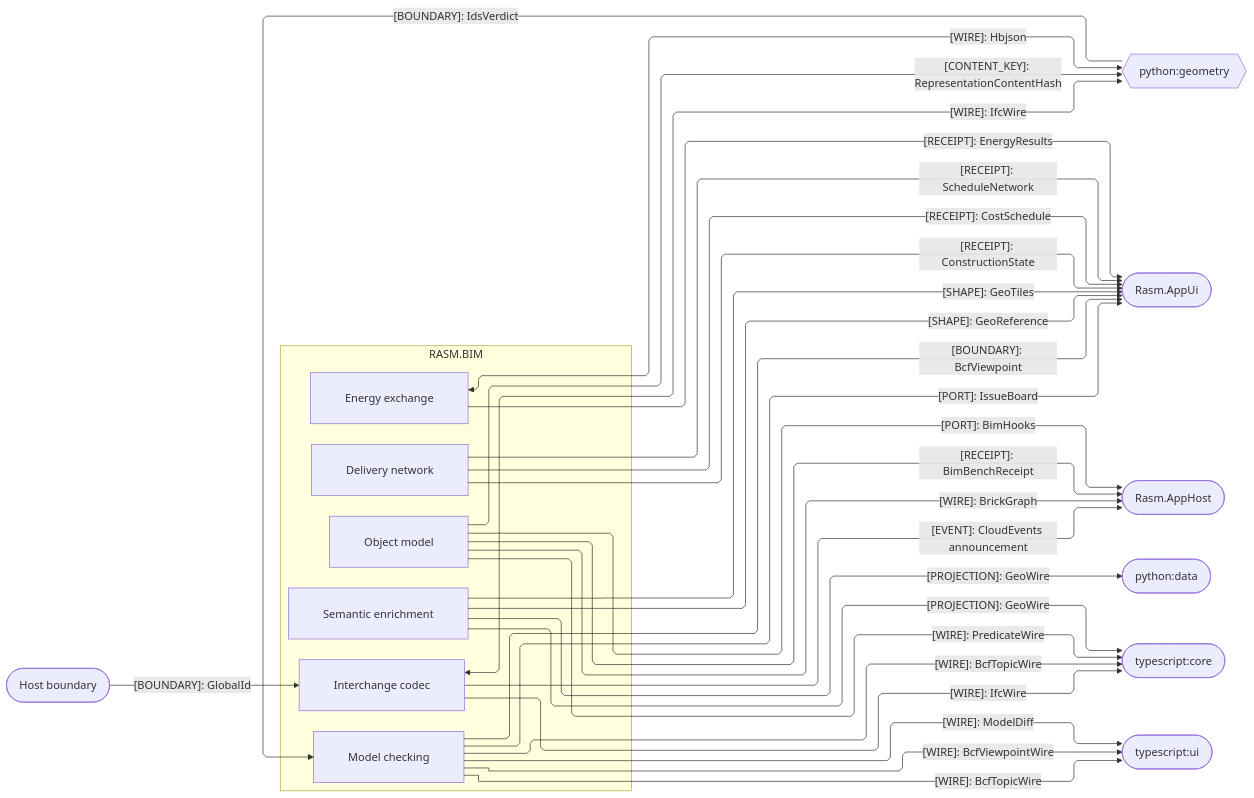
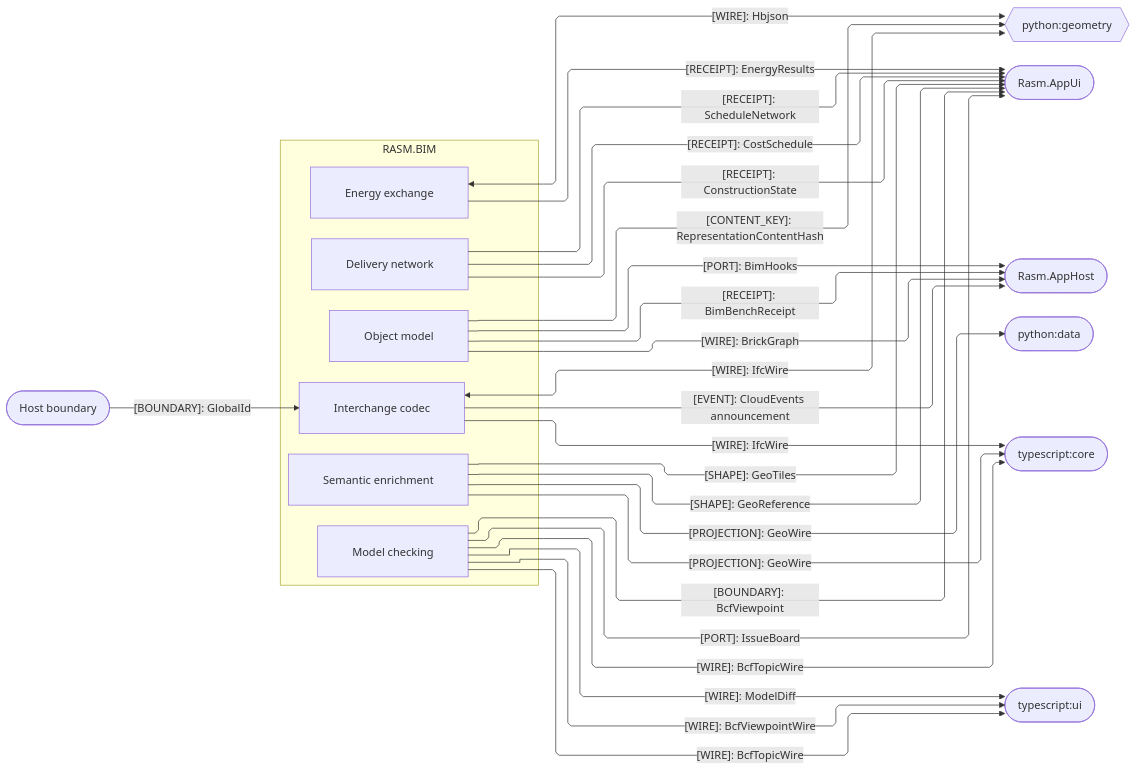
The third of 4 diagrams in libs/csharp/Rasm.Bim/ARCHITECTURE.md (bsamiee/Rasm), drawn with Mermaid before and after one commit. The commit also changed other lines of this file and 820 other files, not shown here.

````diff
--- a/libs/csharp/Rasm.Bim/ARCHITECTURE.md
+++ b/libs/csharp/Rasm.Bim/ARCHITECTURE.md
@@ -196,52 +195,50 @@
 ```mermaid
 ---
 config:
   layout: elk
   flowchart:
     curve: linear
     padding: 25
 ---
 flowchart LR
     accTitle: Bim cross-runtime, presentation, and host seams
     accDescr: Which kinded contracts cross between Bim's owners and the cross-runtime peers, the app platform, and the host boundary.
     subgraph bim[RASM.BIM]
         Model[Object model]
         Semantics[Semantic enrichment]
         Exchange[Interchange codec]
         Review[Model checking]
         Energy[Energy exchange]
         Planning[Delivery network]
     end
     Geometry{{python:geometry}}
     AppUi([Rasm.AppUi])
     AppHost([Rasm.AppHost])
     Host([Host boundary])
     Data([python:data])
     Core([typescript:core])
     Ui([typescript:ui])
     Exchange e1@<-->|"[WIRE]: IfcWire"| Geometry
     Model e2@-->|"[CONTENT_KEY]: RepresentationContentHash"| Geometry
-    Geometry e3@-->|"[BOUNDARY]: IdsVerdict"| Review
     Energy e4@<-->|"[WIRE]: Hbjson"| Geometry
     Energy e5@-->|"[RECEIPT]: EnergyResults"| AppUi
     Semantics e6@-->|"[SHAPE]: GeoTiles"| AppUi
     Semantics e7@-->|"[SHAPE]: GeoReference"| AppUi
     Planning e8@-->|"[RECEIPT]: ScheduleNetwork"| AppUi
     Planning e9@-->|"[RECEIPT]: CostSchedule"| AppUi
     Planning e10@-->|"[RECEIPT]: ConstructionState"| AppUi
     Review e11@-->|"[PORT]: IssueBoard"| AppUi
     Review e12@-->|"[BOUNDARY]: BcfViewpoint"| AppUi
     Model e13@-->|"[PORT]: BimHooks"| AppHost
     Model e14@-->|"[RECEIPT]: BimBenchReceipt"| AppHost
     Model e15@-->|"[WIRE]: BrickGraph"| AppHost
     Exchange e16@-->|"[EVENT]: CloudEvents announcement"| AppHost
     Host e17@-->|"[BOUNDARY]: GlobalId"| Exchange
     Semantics e18@-->|"[PROJECTION]: GeoWire"| Data
-    Model e19@-->|"[WIRE]: PredicateWire"| Core
     Exchange e20@-->|"[WIRE]: IfcWire"| Core
     Review e21@-->|"[WIRE]: BcfTopicWire"| Core
     Semantics e22@-->|"[PROJECTION]: GeoWire"| Core
     Review e23@-->|"[WIRE]: BcfTopicWire"| Ui
     Review e24@-->|"[WIRE]: BcfViewpointWire"| Ui
     Review e25@-->|"[WIRE]: ModelDiff"| Ui
 ```
````
